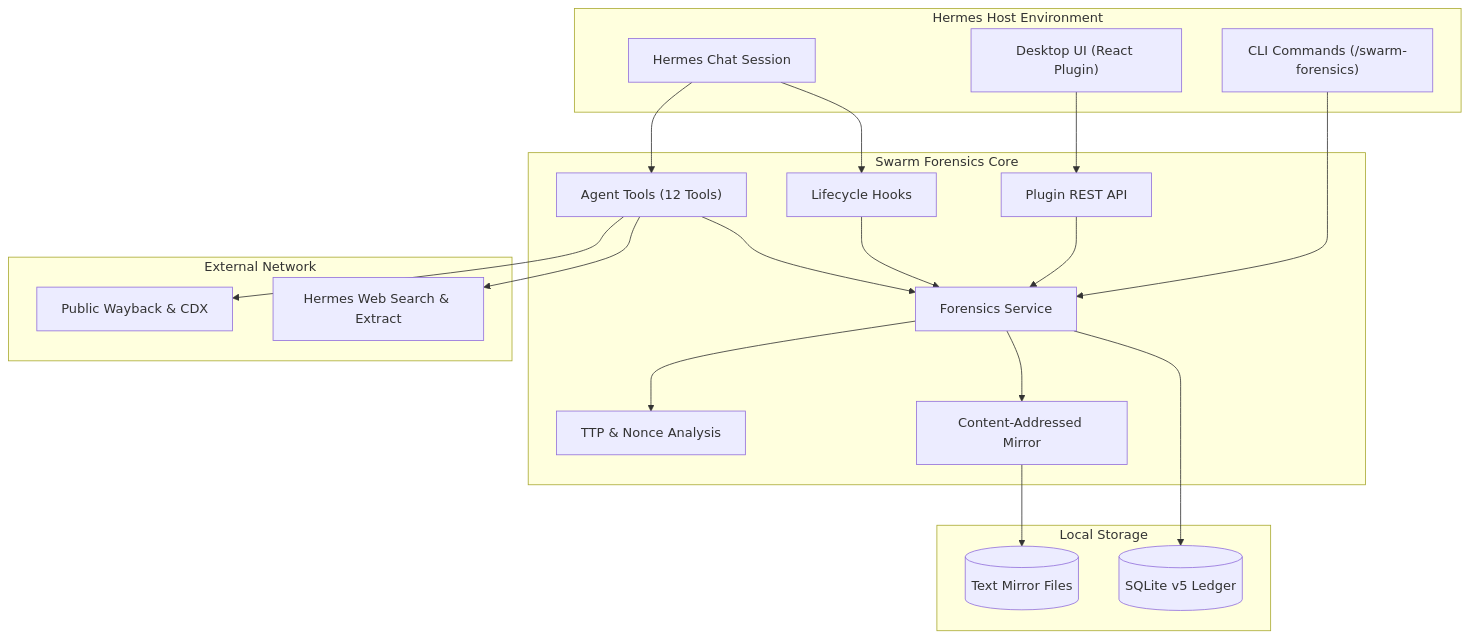
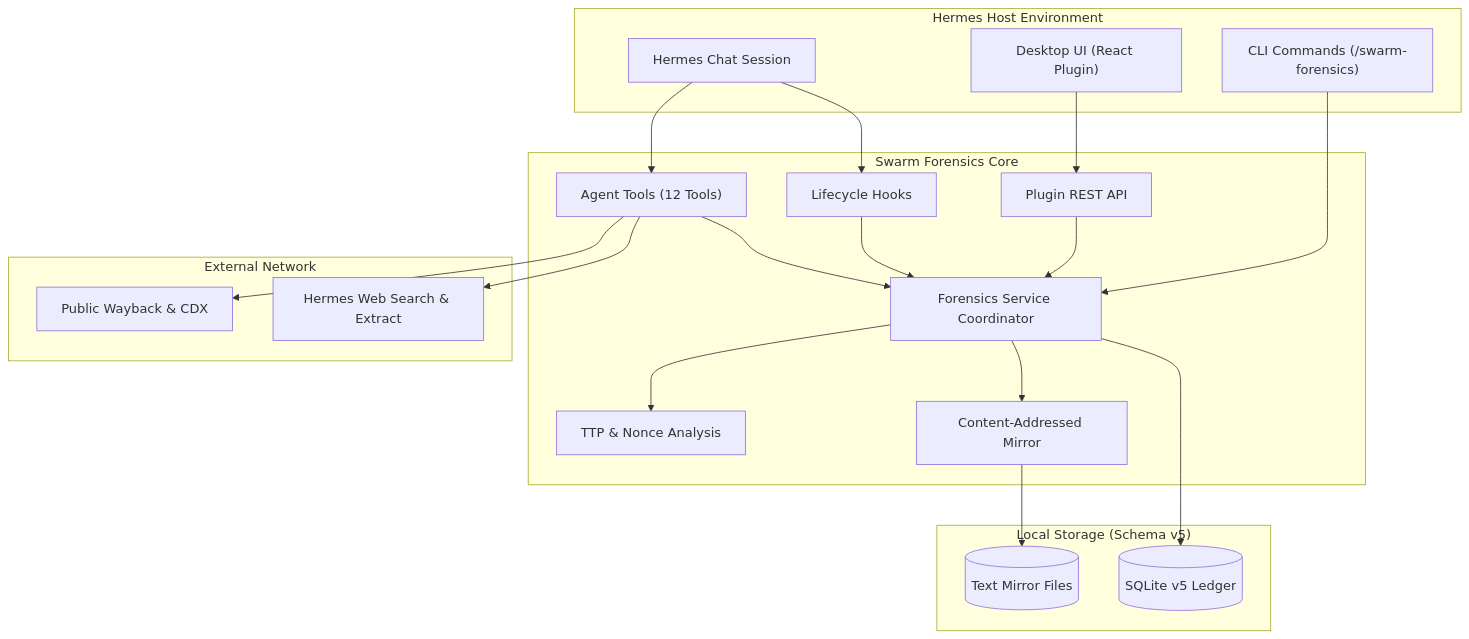
One commit to christopherwoodall/swarm-forensics changed the first of 2 diagrams in pug-research/hermes-plugin/README.md. Above: the diagram before and after it, drawn with Mermaid. The commit also changed other lines of this file and 4 other files, not shown here.

````diff
--- a/pug-research/hermes-plugin/README.md
+++ b/pug-research/hermes-plugin/README.md
@@ -7,41 +7,41 @@
 ```mermaid
 flowchart TD
     subgraph Host["Hermes Host Environment"]
         Chat["Hermes Chat Session"]
         Desktop["Desktop UI (React Plugin)"]
         CLI["CLI Commands (/swarm-forensics)"]
     end
 
     subgraph PluginCore["Swarm Forensics Core"]
         Hooks["Lifecycle Hooks"]
         Tools["Agent Tools (12 Tools)"]
         PluginAPI["Plugin REST API"]
-        Service["Forensics Service"]
+        Service["Forensics Service Coordinator"]
         Analysis["TTP & Nonce Analysis"]
         MirrorStore["Content-Addressed Mirror"]
     end
 
-    subgraph Storage["Local Storage"]
+    subgraph Storage["Local Storage (Schema v5)"]
         DB[("SQLite v5 Ledger")]
         MirrorFiles[("Text Mirror Files")]
     end
 
     subgraph External["External Network"]
         Web["Hermes Web Search & Extract"]
         PublicIndexes["Public Wayback & CDX"]
     end
 
     Chat --> Hooks
     Chat --> Tools
     Desktop --> PluginAPI
     CLI --> Service
     Hooks --> Service
     Tools --> Service
     PluginAPI --> Service
     Service --> DB
     Service --> MirrorStore
     MirrorStore --> MirrorFiles
     Service --> Analysis
     Tools --> Web
     Tools --> PublicIndexes
 ```
````
